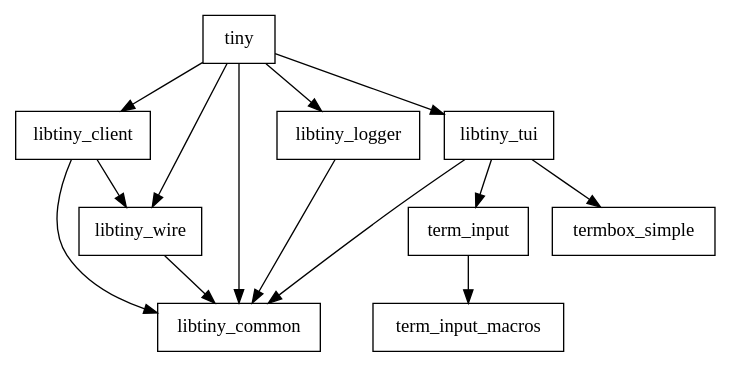
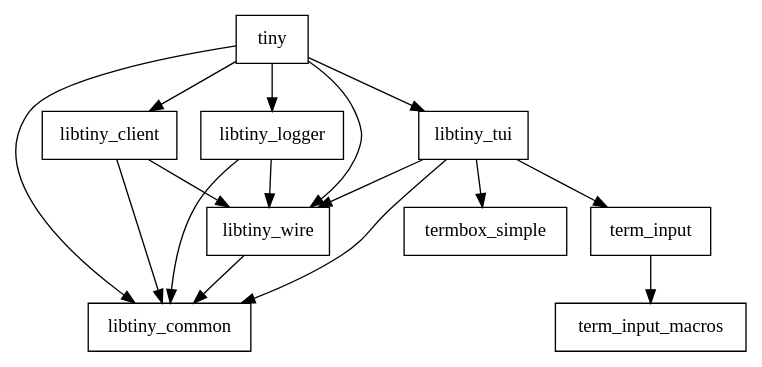
One commit to 097115/tiny-forked changed the diagram in assets/crate_deps.dot. Above: the diagram before and after it, drawn with Graphviz. The commit also changed 37 other files, not shown here.

```diff
--- a/assets/crate_deps.dot
+++ b/assets/crate_deps.dot
@@ -1,36 +1,38 @@
 // Describes dependencies between tiny crates. Used in ARCHITECTURE.md.
 
 digraph mygraph {
 
     node [shape=box, fontname="Jetbrains Mono Medium"];
 
     "tiny"
     "libtiny_client"
     "libtiny_common"
     "libtiny_logger"
     "libtiny_tui"
     "libtiny_wire"
     "term_input"
     "term_input_macros"
     "termbox_simple"
 
     "tiny" -> "libtiny_client"
     "tiny" -> "libtiny_common"
     "tiny" -> "libtiny_logger"
     "tiny" -> "libtiny_tui"
     "tiny" -> "libtiny_wire"
 
     "libtiny_client" -> "libtiny_common"
     "libtiny_client" -> "libtiny_wire"
 
     "libtiny_logger" -> "libtiny_common"
+    "libtiny_logger" -> "libtiny_wire"
 
     "libtiny_tui" -> "libtiny_common"
+    "libtiny_tui" -> "libtiny_wire"
     "libtiny_tui" -> "term_input"
     "libtiny_tui" -> "termbox_simple"
 
     "libtiny_wire" -> "libtiny_common"
 
     "term_input" -> "term_input_macros"
 
 }
```
